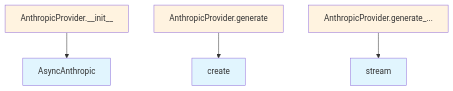
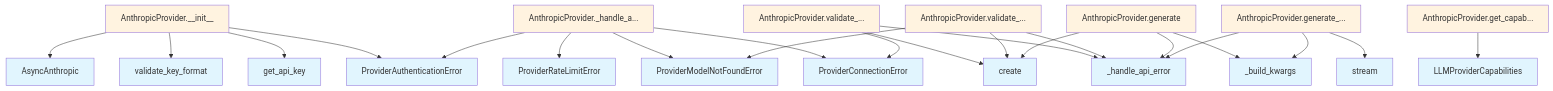
One commit to UrbanDiver/local-deepwiki-mcp changed the second of 2 diagrams in .deepwiki/files/src/local_deepwiki/providers/llm/anthropic.md. Above: the diagram before and after it, drawn with Mermaid. The commit also changed other lines of this file and 65 other files, not shown here.

````diff
--- a/.deepwiki/files/src/local_deepwiki/providers/llm/anthropic.md
+++ b/.deepwiki/files/src/local_deepwiki/providers/llm/anthropic.md
@@ -308,16 +513,47 @@
 ```mermaid
 flowchart TD
     N0[AnthropicProvider.__init__]
-    N1[AnthropicProvider.generate]
-    N2[AnthropicProvider.generate_...]
-    N3[AsyncAnthropic]
-    N4[create]
-    N5[stream]
-    N0 --> N3
-    N1 --> N4
-    N2 --> N5
+    N1[AnthropicProvider._handle_a...]
+    N2[AnthropicProvider.generate]
+    N3[AnthropicProvider.generate_...]
+    N4[AnthropicProvider.get_capab...]
+    N5[AnthropicProvider.validate_...]
+    N6[AnthropicProvider.validate_...]
+    N7[AsyncAnthropic]
+    N8[LLMProviderCapabilities]
+    N9[ProviderAuthenticationError]
+    N10[ProviderConnectionError]
+    N11[ProviderModelNotFoundError]
+    N12[ProviderRateLimitError]
+    N13[_build_kwargs]
+    N14[_handle_api_error]
+    N15[create]
+    N16[get_api_key]
+    N17[stream]
+    N18[validate_key_format]
+    N0 --> N16
+    N0 --> N9
+    N0 --> N18
+    N0 --> N7
+    N1 --> N9
+    N1 --> N12
+    N1 --> N11
+    N1 --> N10
+    N5 --> N15
+    N5 --> N14
+    N5 --> N10
+    N6 --> N15
+    N6 --> N11
+    N6 --> N14
+    N4 --> N8
+    N2 --> N13
+    N2 --> N15
+    N2 --> N14
+    N3 --> N13
+    N3 --> N17
+    N3 --> N14
     classDef func fill:#e1f5fe
-    class N3,N4,N5 func
+    class N7,N8,N9,N10,N11,N12,N13,N14,N15,N16,N17,N18 func
     classDef method fill:#fff3e0
-    class N0,N1,N2 method
+    class N0,N1,N2,N3,N4,N5,N6 method
 ```
````
